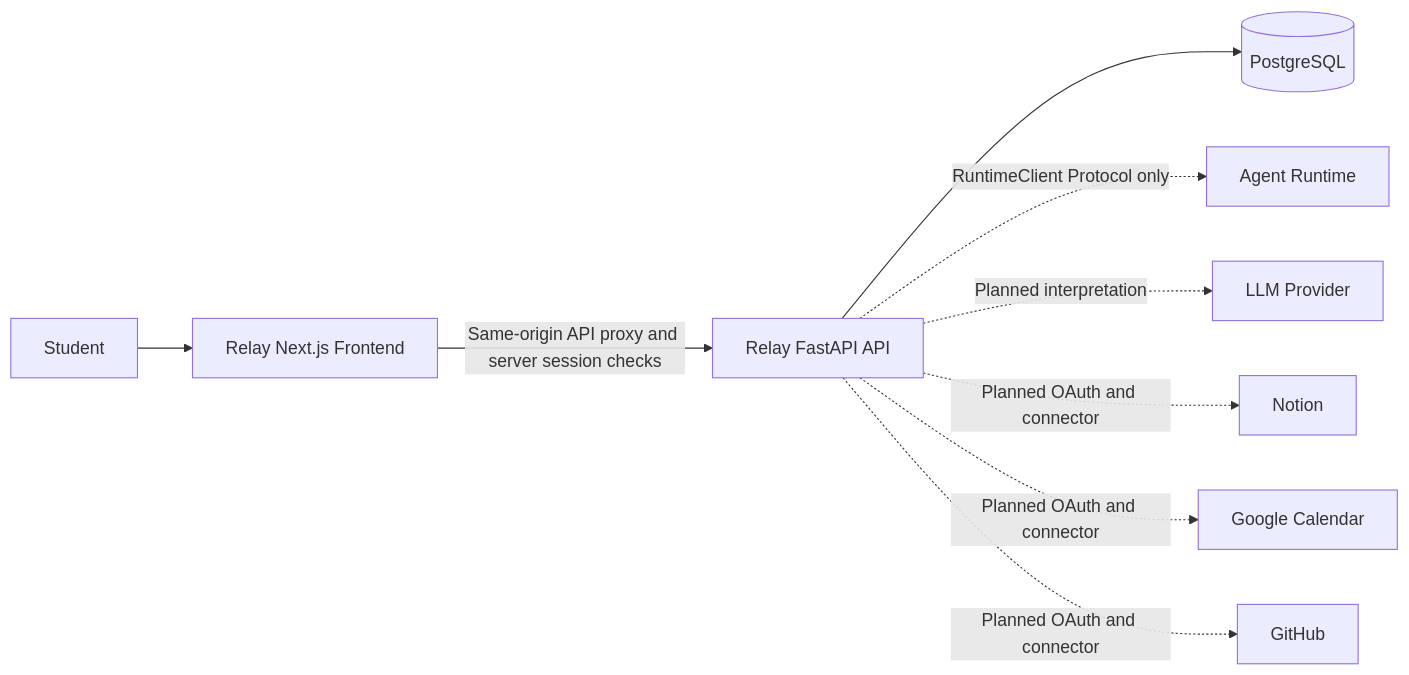
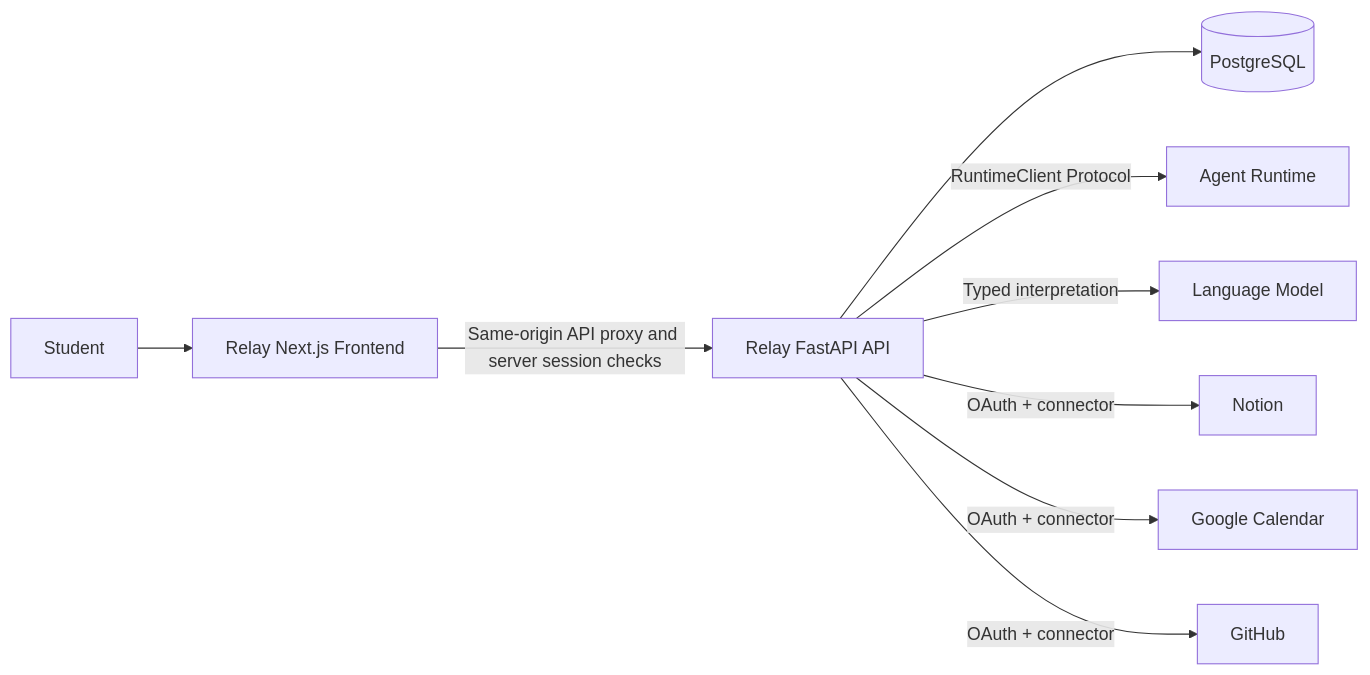
One commit to praveenachen/Relay-2.0 changed the diagram in docs/architecture/system-context.md. Above: the diagram before and after it, drawn with Mermaid. The commit also changed other lines of this file and 8 other files, not shown here.

````diff
--- a/docs/architecture/system-context.md
+++ b/docs/architecture/system-context.md
@@ -5,11 +5,11 @@
 ```mermaid
 flowchart LR
     User[Student] --> Frontend[Relay Next.js Frontend]
     Frontend -->|Same-origin API proxy and server session checks| API[Relay FastAPI API]
     API --> DB[(PostgreSQL)]
-    API -.->|RuntimeClient Protocol only| Runtime[Agent Runtime]
-    API -.->|Planned interpretation| LLM[LLM Provider]
-    API -.->|Planned OAuth and connector| Notion[Notion]
-    API -.->|Planned OAuth and connector| Calendar[Google Calendar]
-    API -.->|Planned OAuth and connector| GitHub[GitHub]
+    API -->|RuntimeClient Protocol| Runtime[Agent Runtime]
+    API -->|Typed interpretation| LLM[Language Model]
+    API -->|OAuth + connector| Notion[Notion]
+    API -->|OAuth + connector| Calendar[Google Calendar]
+    API -->|OAuth + connector| GitHub[GitHub]
 ```
````
